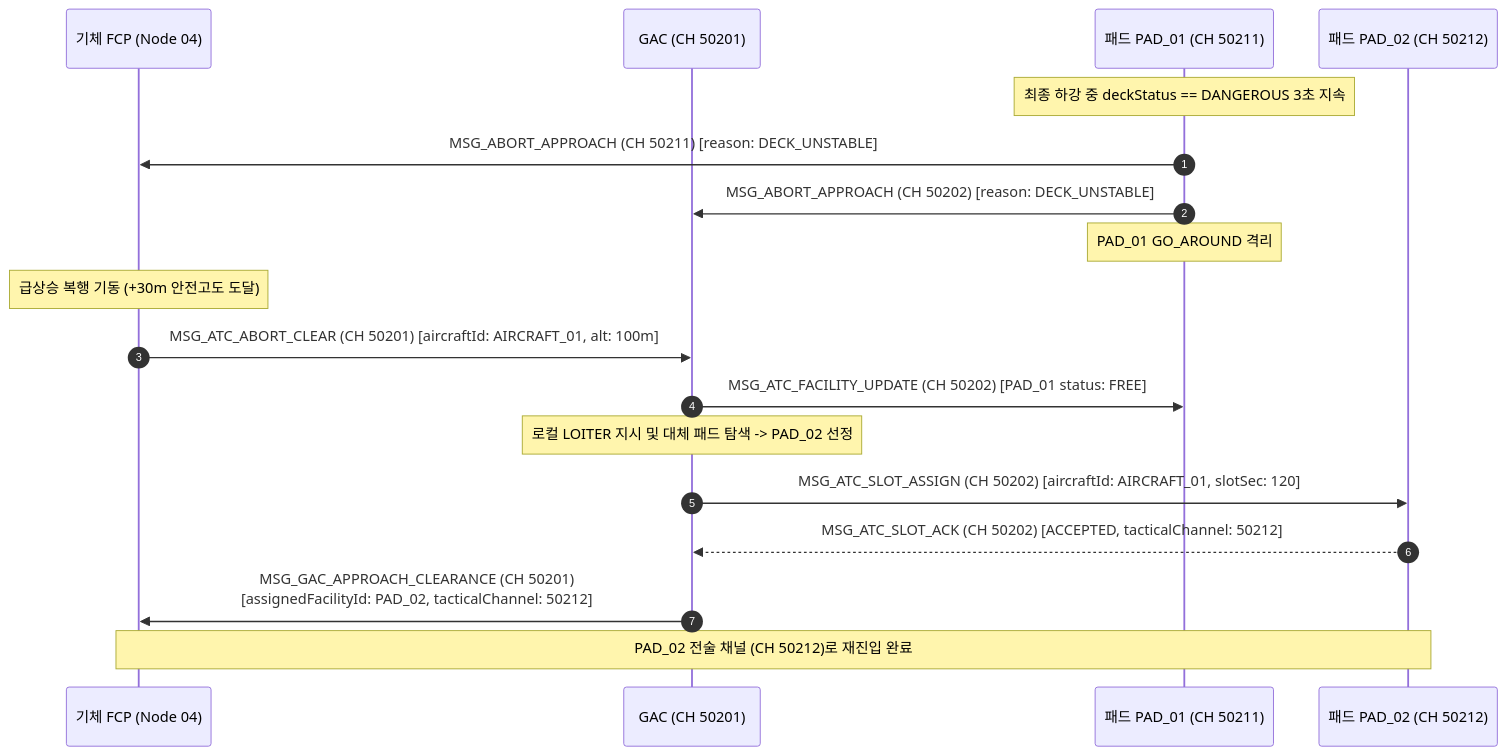
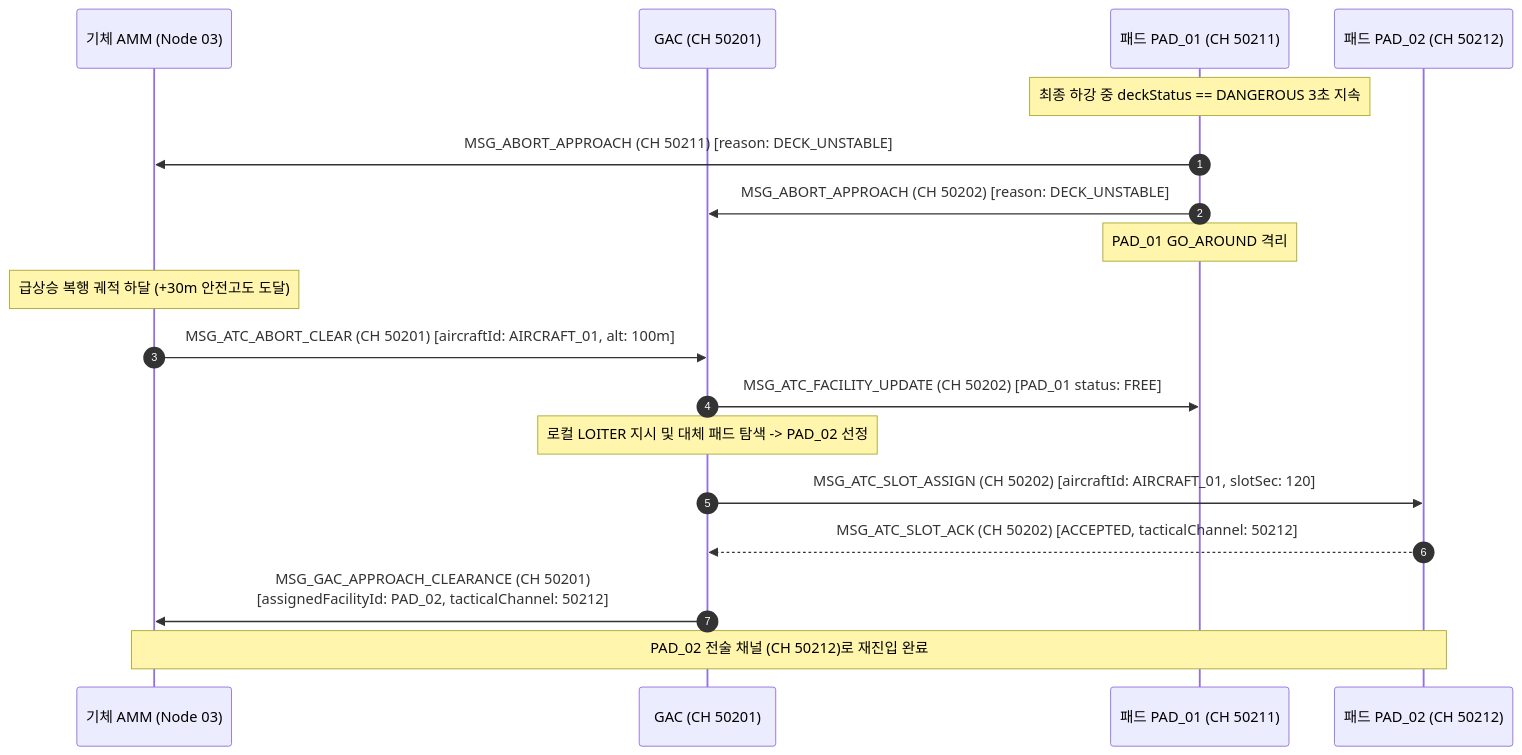
Before and after one commit to Polimachi/Aeroneutics_Autopilot: the fourth of 5 diagrams in docs/specs/0_infra/gac/GAC_PROGRAM_SPECIFICATION_AND_ICD.md, drawn with Mermaid. The commit also changed other lines of this file and 18 other files, not shown here.

Commit message:
docs(specs): shrink FCP to SE(3) outer-loop and migrate gateway/nav/mission ownership to AMM (TASK-206)

````diff
--- a/docs/specs/0_infra/gac/GAC_PROGRAM_SPECIFICATION_AND_ICD.md
+++ b/docs/specs/0_infra/gac/GAC_PROGRAM_SPECIFICATION_AND_ICD.md
@@ -563,22 +565,22 @@
 ```mermaid
 sequenceDiagram
     autonumber
-    participant U as 기체 FCP (Node 04)
+    participant U as 기체 AMM (Node 03)
     participant G as GAC (CH 50201)
     participant P1 as 패드 PAD_01 (CH 50211)
     participant P2 as 패드 PAD_02 (CH 50212)
 
     Note over P1: 최종 하강 중 deckStatus == DANGEROUS 3초 지속
     P1->>U: MSG_ABORT_APPROACH (CH 50211) [reason: DECK_UNSTABLE]
     P1->>G: MSG_ABORT_APPROACH (CH 50202) [reason: DECK_UNSTABLE]
     Note over P1: PAD_01 GO_AROUND 격리
 
-    Note over U: 급상승 복행 기동 (+30m 안전고도 도달)
+    Note over U: 급상승 복행 궤적 하달 (+30m 안전고도 도달)
     U->>G: MSG_ATC_ABORT_CLEAR (CH 50201) [aircraftId: AIRCRAFT_01, alt: 100m]
     G->>P1: MSG_ATC_FACILITY_UPDATE (CH 50202) [PAD_01 status: FREE]
     Note over G: 로컬 LOITER 지시 및 대체 패드 탐색 -> PAD_02 선정
     G->>P2: MSG_ATC_SLOT_ASSIGN (CH 50202) [aircraftId: AIRCRAFT_01, slotSec: 120]
     P2-->>G: MSG_ATC_SLOT_ACK (CH 50202) [ACCEPTED, tacticalChannel: 50212]
     G->>U: MSG_GAC_APPROACH_CLEARANCE (CH 50201)<br/>[assignedFacilityId: PAD_02, tacticalChannel: 50212]
     Note over U,P2: PAD_02 전술 채널 (CH 50212)로 재진입 완료
 ```
````
